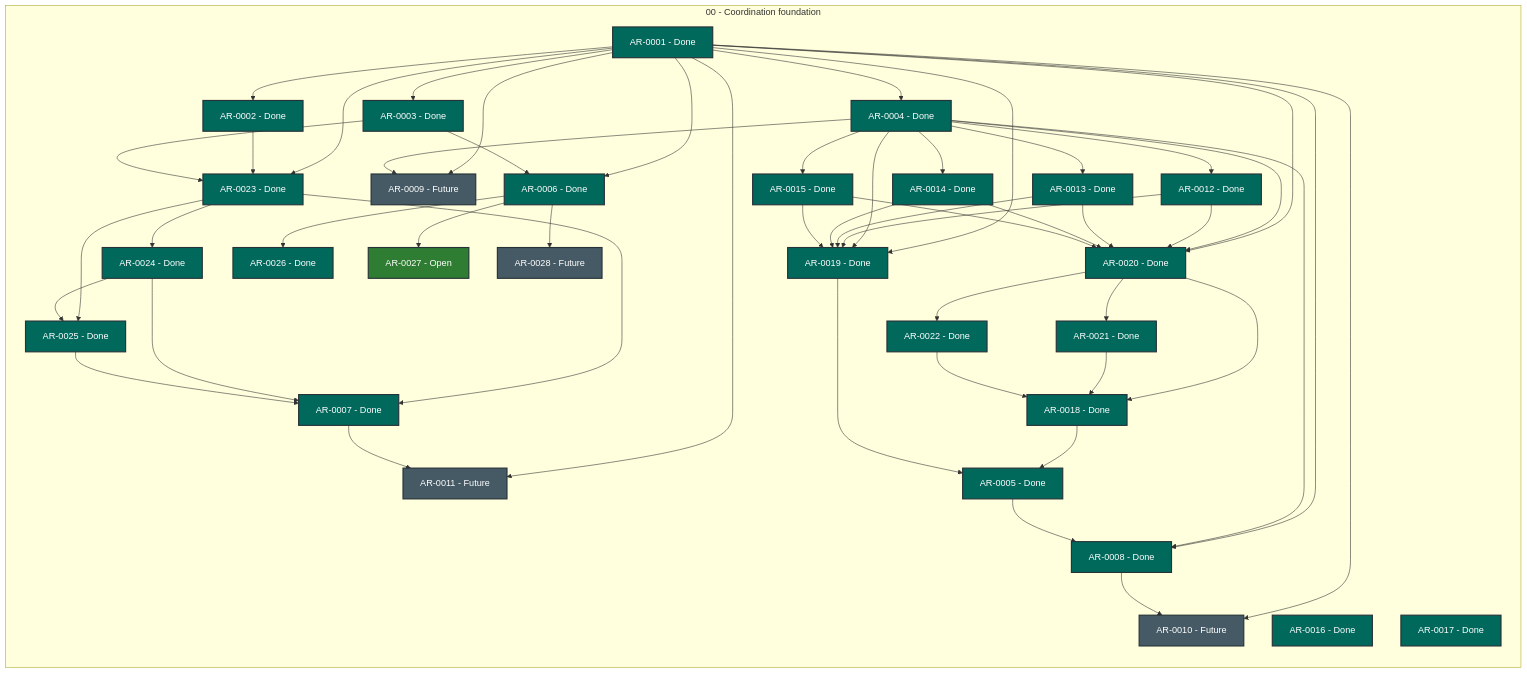
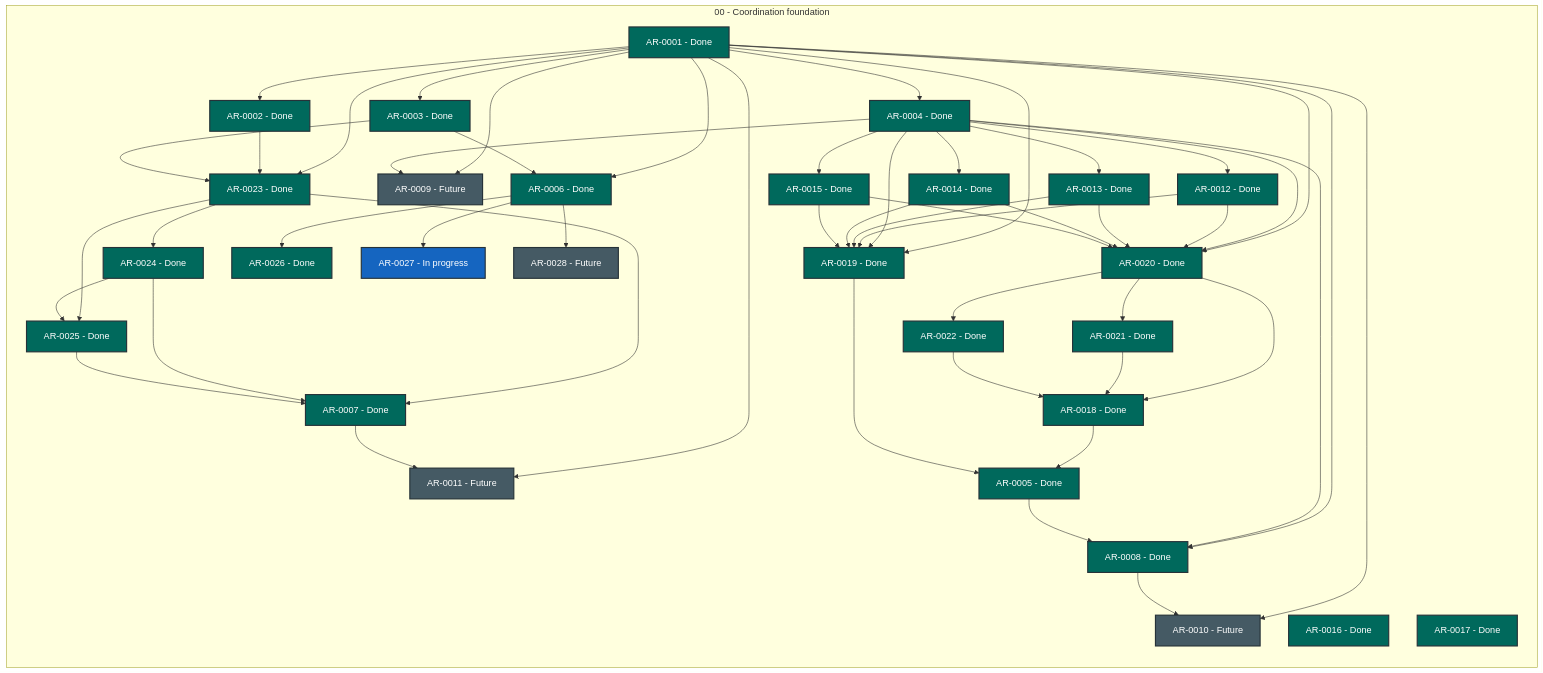
The diagram in STATUS.md (martin-beck/agent-workflow-quality-state), drawn with Mermaid before and after one commit. The commit also changed other lines of this file and 2 other files, not shown here.

```diff
--- a/STATUS.md
+++ b/STATUS.md
@@ -54,7 +54,7 @@
         AR_0024["AR-0024 - Done"]:::status_done
         AR_0025["AR-0025 - Done"]:::status_done
         AR_0026["AR-0026 - Done"]:::status_done
-        AR_0027["AR-0027 - Open"]:::status_open
+        AR_0027["AR-0027 - In progress"]:::status_in_progress
         AR_0028["AR-0028 - Future"]:::status_future
     end
     AR_0001 --> AR_0002
```
